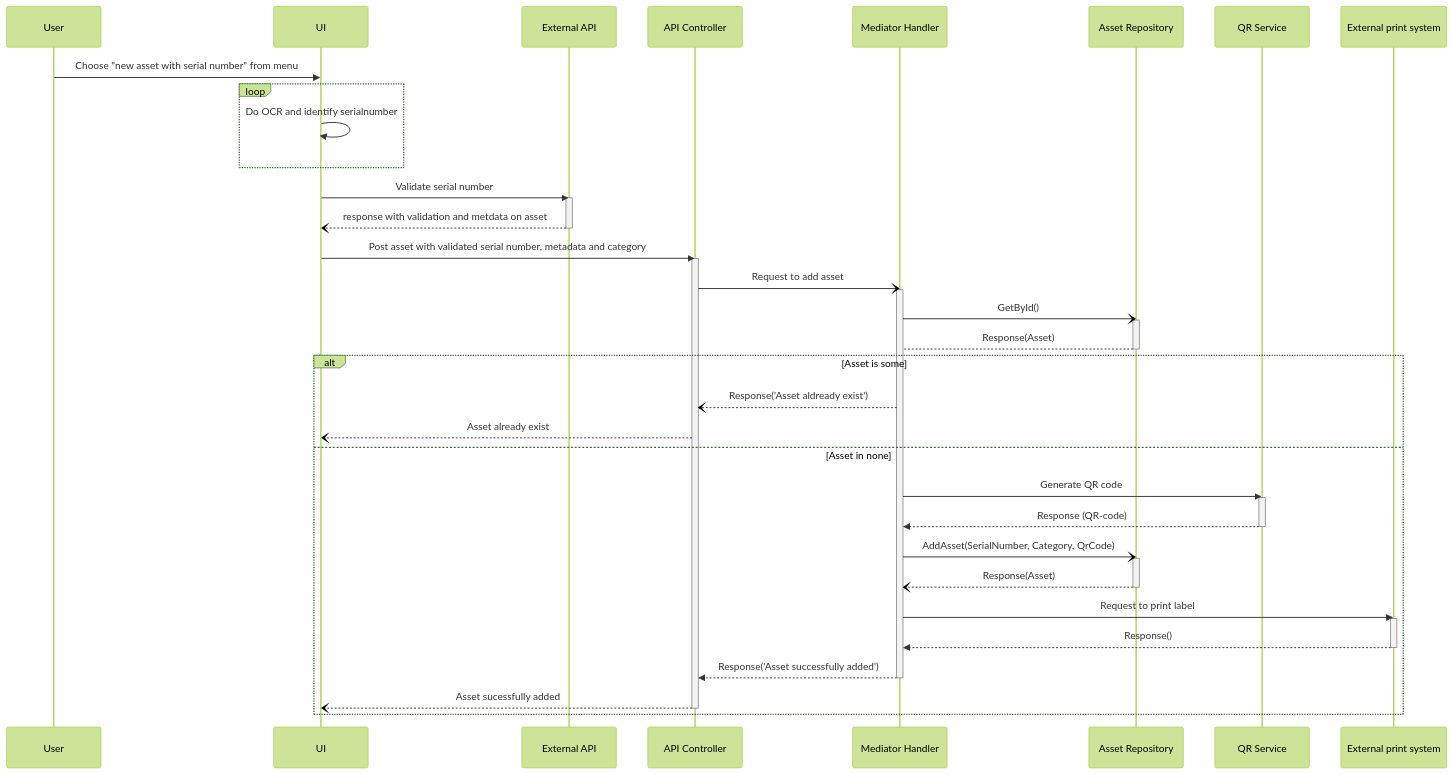
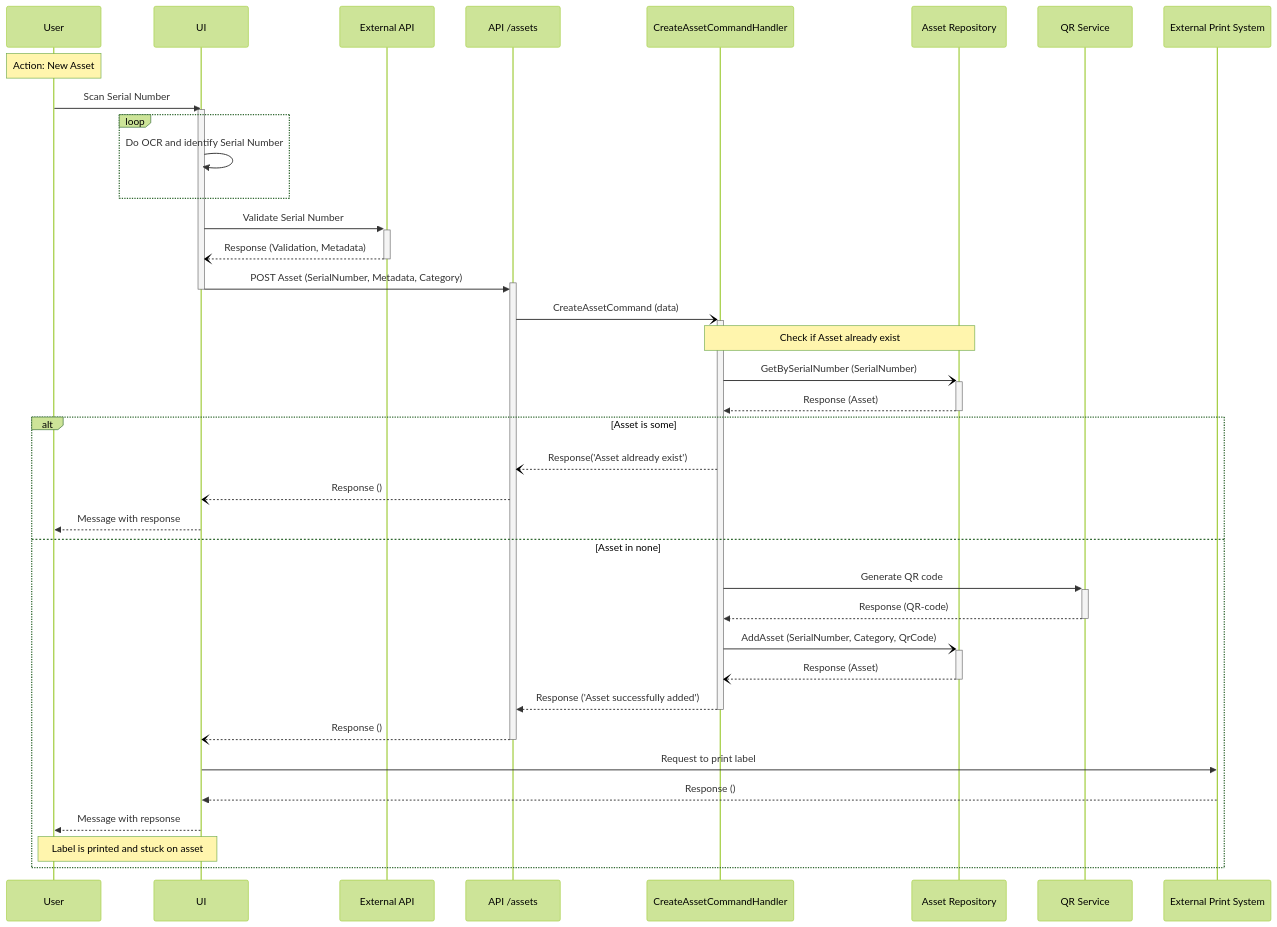
The first of 2 diagrams in docs/sequence-diagrams/tag-new-asset.md (livun/bouvet-asset-hub), drawn with Mermaid (forest theme) before and after one commit. The commit also changed other lines of this file and 7 other files, not shown here.

Commit message:
new sequence diagrams

````diff
--- a/docs/sequence-diagrams/tag-new-asset.md
+++ b/docs/sequence-diagrams/tag-new-asset.md
@@ -3,66 +3,41 @@
 ```mermaid
 sequenceDiagram
-    User ->> UI : Choose "new asset with serial number" from menu
+    Note over User: Action: New Asset
+    User ->> UI : Scan Serial Number
+    Activate UI
+        loop 
+            UI ->> UI : Do OCR and identify Serial Number
+        end
+            UI  ->>+ External API: Validate Serial Number
+   
+                External API --)- UI : Response (Validation, Metadata)
+                UI ->>+ API /assets: POST Asset (SerialNumber, Metadata, Category)
+    Deactivate UI
+                    API /assets -)+ CreateAssetCommandHandler : CreateAssetCommand (data)
+                        Note over CreateAssetCommandHandler, Asset Repository : Check if Asset already exist
+                        CreateAssetCommandHandler -)+ Asset Repository : GetBySerialNumber (SerialNumber) 
+                        Asset Repository  -->>- CreateAssetCommandHandler : Response (Asset)
+                    
+            alt Asset is some
+                        
+                    CreateAssetCommandHandler --) API /assets : Response('Asset aldready exist')
+                API /assets --) UI  : Response ()
+            UI -->> User : Message with response
+                
+            else Asset in none
+                    
+                        CreateAssetCommandHandler ->>+ QR Service : Generate QR code
+                        QR Service -->>- CreateAssetCommandHandler : Response (QR-code)
 
-    loop 
-        UI ->> UI : Do OCR and identify serialnumber
-    end
+                        CreateAssetCommandHandler -)+ Asset Repository : AddAsset (SerialNumber, Category, QrCode)
+                        Asset Repository  --)- CreateAssetCommandHandler : Response (Asset)
 
-    UI  ->> External API: Validate serial number
-
-    activate External API
-        External API --) UI : response with validation and metdata on asset
-    deactivate External API
-    
-    UI ->>API Controller: Post asset with validated serial number, metadata and category
-
-    Activate API Controller
+                    CreateAssetCommandHandler -->>- API /assets : Response ('Asset successfully added')
+                API /assets --)- UI  : Response ()
+                UI ->> External Print System : Request to print label
+                External Print System -->> UI : Response ()
+            UI -->> User : Message with repsonse
+            Note over User, UI: Label is printed and stuck on asset
+            end
         
-        API Controller -) Mediator Handler : Request to add asset
-        
-        Activate Mediator Handler
-
-            Mediator Handler -) Asset Repository : GetById() 
-
-            Activate Asset Repository
-                Asset Repository  --> Mediator Handler : Response(Asset)
-            Deactivate Asset Repository
-    
-            alt Asset is some
-                
-                Mediator Handler --) API Controller : Response('Asset aldready exist')
-                
-                API Controller --) UI  : Asset already exist
-            
-            else Asset in none
-                
-                Mediator Handler ->> QR Service : Generate QR code
-                
-                Activate QR Service
-                    QR Service -->> Mediator Handler : Response (QR-code)
-                Deactivate QR Service
-
-                Mediator Handler -) Asset Repository : AddAsset(SerialNumber, Category, QrCode)
-                
-                activate Asset Repository
-                    Asset Repository  --) Mediator Handler : Response(Asset)
-                deactivate Asset Repository 
-                
-                Mediator Handler ->> External print system: Request to print label 
-                
-                Activate External print system
-                    External print system -->> Mediator Handler : Response()
-                Deactivate External print system
-
-
-
-                Mediator Handler -->> API Controller : Response('Asset successfully added')
-        
-        Deactivate Mediator Handler
-    
-                API Controller --) UI  : Asset sucessfully added
-    
-    Deactivate API Controller
-
-            end
 ```
````
